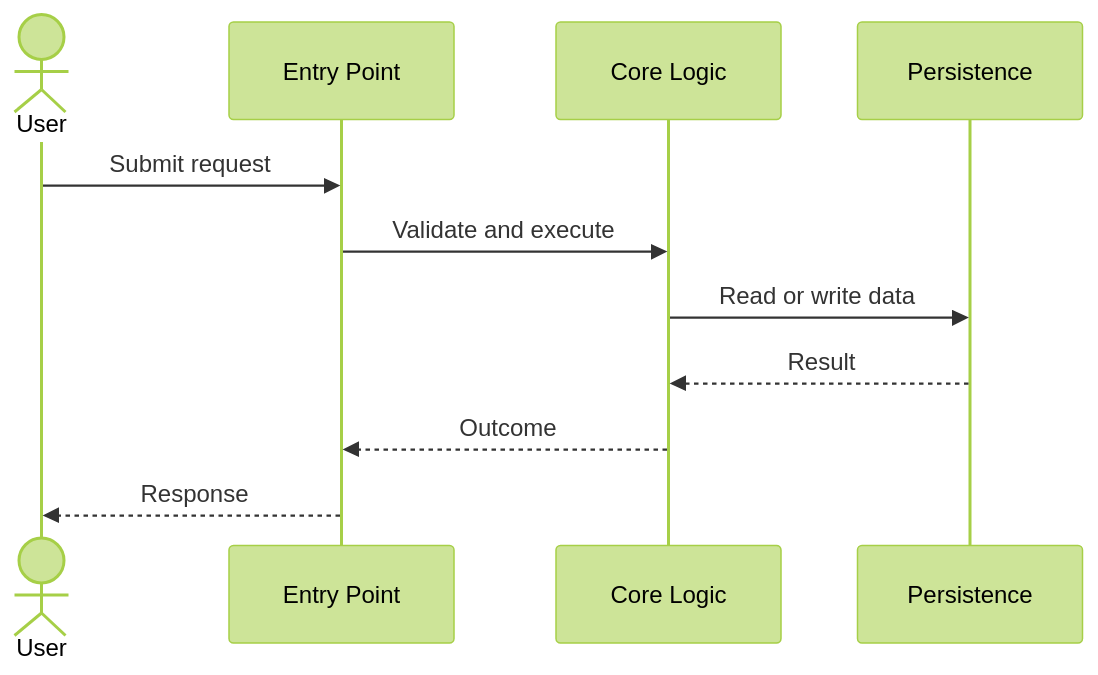
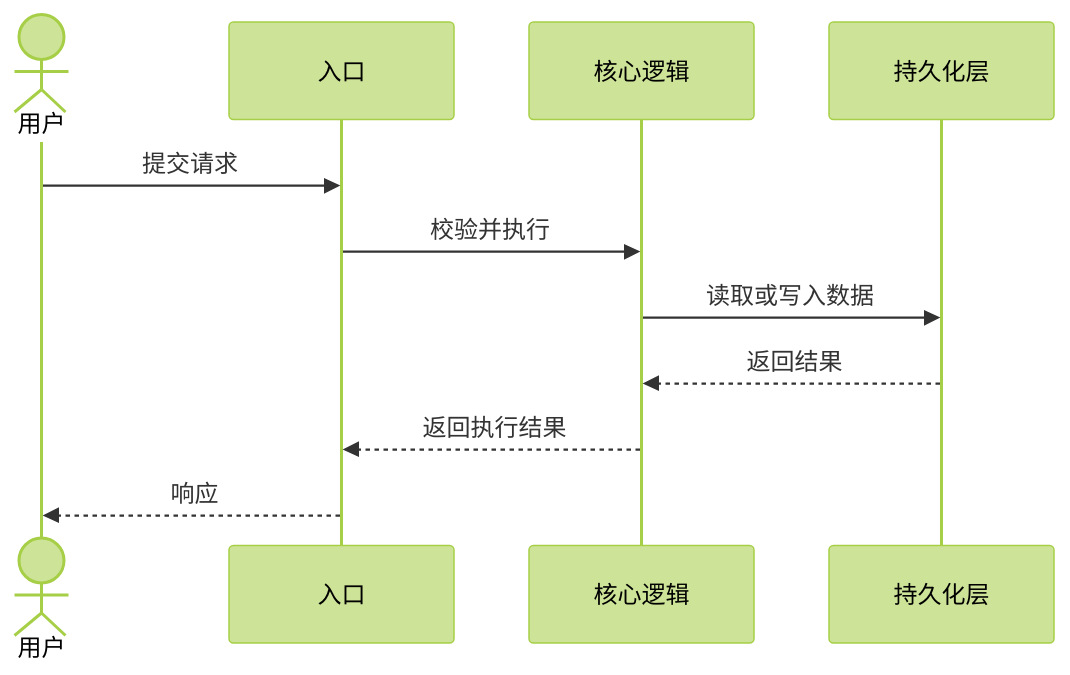
Before and after one commit to Happyileaf/ai-toolkit: the diagram in skills/repository-documentation/assets/diagrams/examples/business-flow.mmd, drawn with Mermaid (forest theme). The commit also changed 18 other files, not shown here.

```diff
--- a/skills/repository-documentation/assets/diagrams/examples/business-flow.mmd
+++ b/skills/repository-documentation/assets/diagrams/examples/business-flow.mmd
@@ -1,11 +1,11 @@
 sequenceDiagram
-    actor User
-    participant Entry as Entry Point
-    participant Core as Core Logic
-    participant Store as Persistence
-    User->>Entry: Submit request
-    Entry->>Core: Validate and execute
-    Core->>Store: Read or write data
-    Store-->>Core: Result
-    Core-->>Entry: Outcome
-    Entry-->>User: Response
+    actor User as 用户
+    participant Entry as 入口
+    participant Core as 核心逻辑
+    participant Store as 持久化层
+    User->>Entry: 提交请求
+    Entry->>Core: 校验并执行
+    Core->>Store: 读取或写入数据
+    Store-->>Core: 返回结果
+    Core-->>Entry: 返回执行结果
+    Entry-->>User: 响应
```
